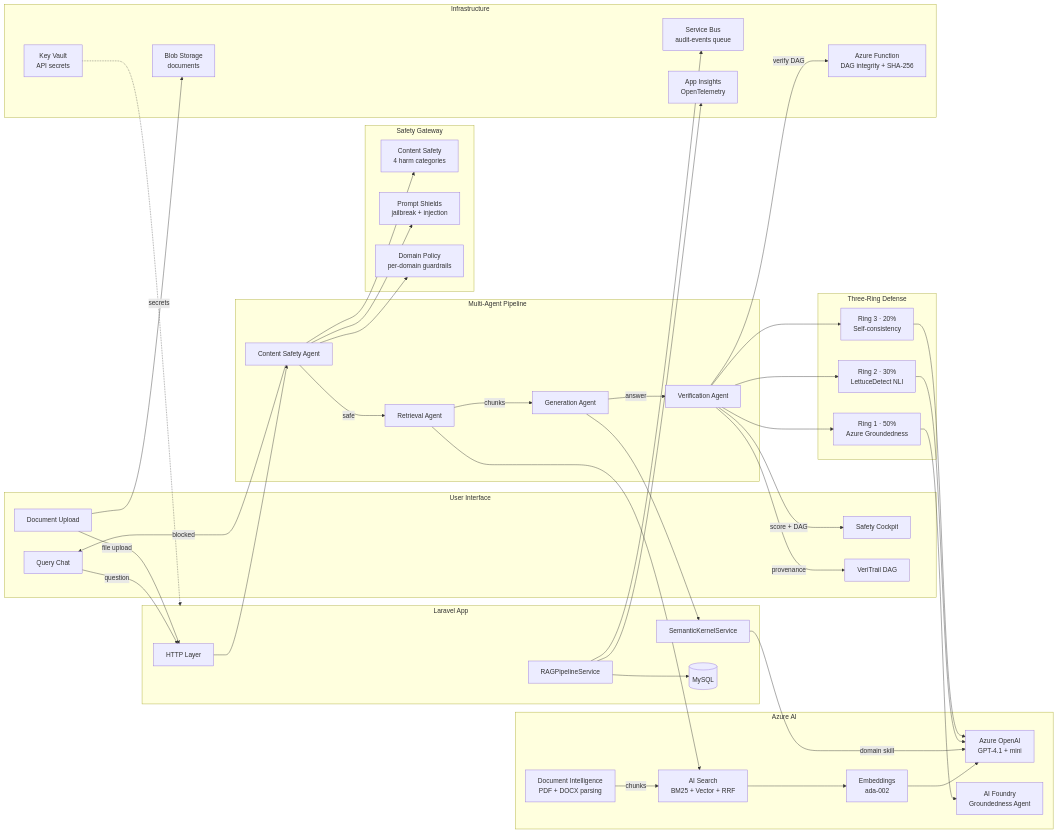
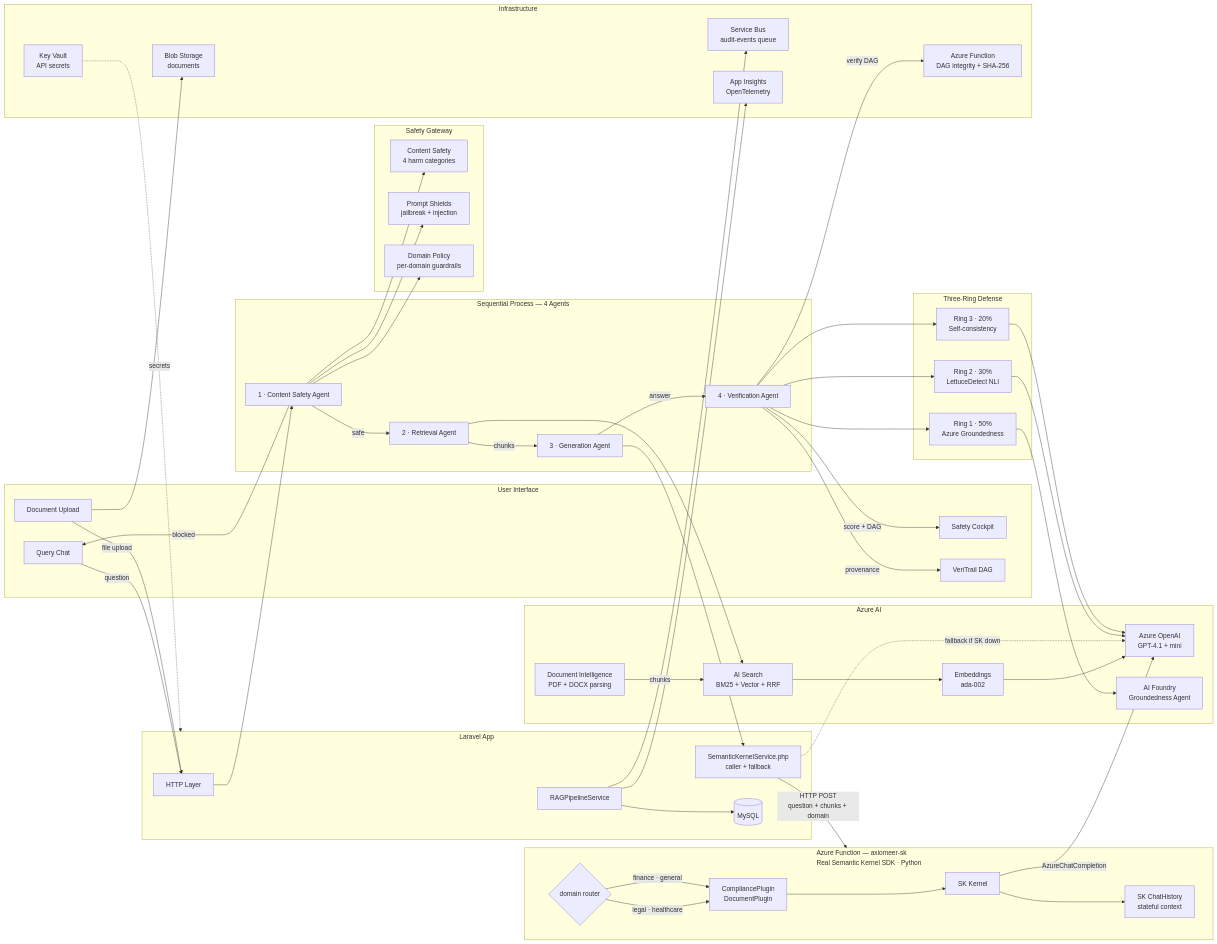
The diagram in SYSTEM_ARCHITECTURE.md (Axiomeer/Axiomeer), drawn with Mermaid before and after one commit. The commit also changed other lines of this file and 4 other files, not shown here.

Commit message:
Deploy Semantic Kernel Azure Function (Python); update SK service to call it; update architecture diagram

```diff
--- a/SYSTEM_ARCHITECTURE.md
+++ b/SYSTEM_ARCHITECTURE.md
@@ -34,7 +34,7 @@
     subgraph App["Laravel App"]
         HTTP[HTTP Layer]
         RAG[RAGPipelineService]
-        SK[SemanticKernelService]
+        SKPHP[SemanticKernelService.php\ncaller + fallback]
         DB[(MySQL)]
     end
 
@@ -44,11 +44,18 @@
         DP[Domain Policy\nper-domain guardrails]
     end
 
-    subgraph Pipeline["Multi-Agent Pipeline"]
-        A1[Content Safety Agent]
-        A2[Retrieval Agent]
-        A3[Generation Agent]
-        A4[Verification Agent]
+    subgraph Pipeline["Sequential Process — 4 Agents"]
+        A1[1 · Content Safety Agent]
+        A2[2 · Retrieval Agent]
+        A3[3 · Generation Agent]
+        A4[4 · Verification Agent]
+    end
+
+    subgraph SKFn["Azure Function — axiomeer-sk\nReal Semantic Kernel SDK · Python"]
+        SKKERNEL[SK Kernel]
+        SKPLUGIN[CompliancePlugin\nDocumentPlugin]
+        SKHIST[SK ChatHistory\nstateful context]
+        SKROUTE{domain router}
     end
 
     subgraph AzureAI["Azure AI"]
@@ -70,7 +77,7 @@
         SB[Service Bus\naudit-events queue]
         BLOB[Blob Storage\ndocuments]
         AI[App Insights\nOpenTelemetry]
-        FN[Azure Function\nDAG integrity + SHA-256]
+        FNDAG[Azure Function\nDAG integrity + SHA-256]
     end
 
     Q -->|question| HTTP
@@ -89,15 +96,21 @@
     SEARCH --> EMB
     EMB --> AOAI
 
-    A3 --> SK
-    SK -->|domain skill| AOAI
+    A3 --> SKPHP
+    SKPHP -->|HTTP POST\nquestion + chunks + domain| SKFn
+    SKROUTE -->|legal · healthcare| SKPLUGIN
+    SKROUTE -->|finance · general| SKPLUGIN
+    SKKERNEL --> SKHIST
+    SKPLUGIN --> SKKERNEL
+    SKKERNEL -->|AzureChatCompletion| AOAI
+    SKPHP -.->|fallback if SK down| AOAI
 
     A4 --> R1 & R2 & R3
     R1 --> FOUND
     R2 --> AOAI
     R3 --> AOAI
 
-    A4 -->|verify DAG| FN
+    A4 -->|verify DAG| FNDAG
     RAG --> DB & SB & AI
     KV -.->|secrets| App
     DOCINTEL -->|chunks| SEARCH
```
